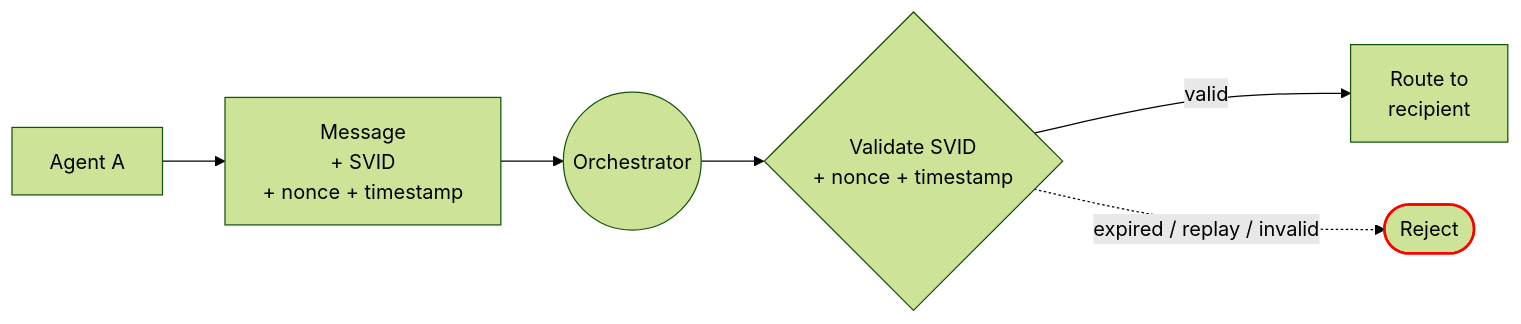
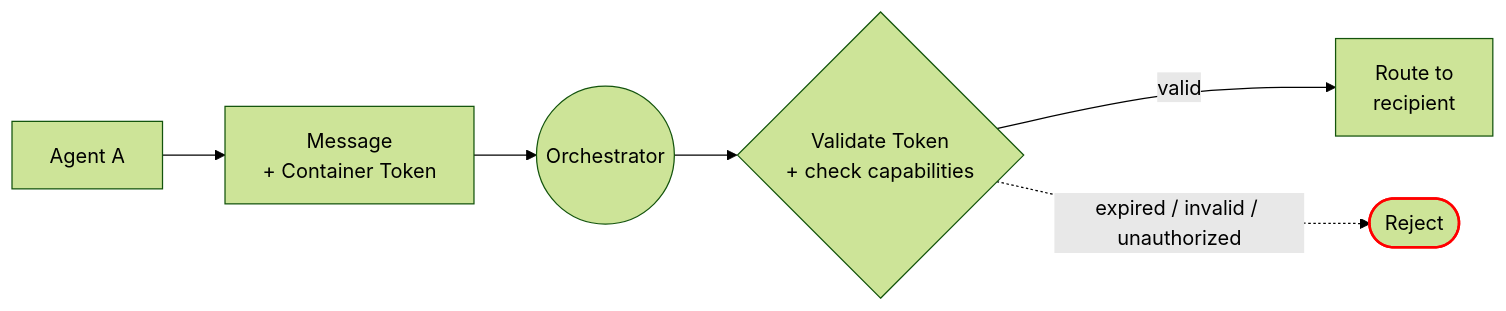
Before and after one commit to neverprepared/ink-bunny: the sixth of 6 diagrams in docs/persona_agentic/PHASE_2/arch-identity-and-trust.md, drawn with Mermaid (forest theme). The commit also changed other lines of this file and 17 other files, not shown here.

````diff
--- a/docs/persona_agentic/PHASE_2/arch-identity-and-trust.md
+++ b/docs/persona_agentic/PHASE_2/arch-identity-and-trust.md
@@ -215,15 +192,15 @@
 ```mermaid
 graph LR
     Agent[Agent A]
-    Msg["Message<br/>+ SVID<br/>+ nonce + timestamp"]
+    Msg["Message<br/>+ Container Token"]
     Orch((Orchestrator))
-    Verify{Validate SVID<br/>+ nonce + timestamp}
+    Verify{Validate Token<br/>+ check capabilities}
     Route[Route to<br/>recipient]
     Reject([Reject])
 
     Agent --> Msg --> Orch --> Verify
     Verify -->|"valid"| Route
-    Verify -.->|"expired / replay / invalid"| Reject
+    Verify -.->|"expired / invalid / unauthorized"| Reject
 
     style Reject stroke:#f00,stroke-width:2px
 ```
````
